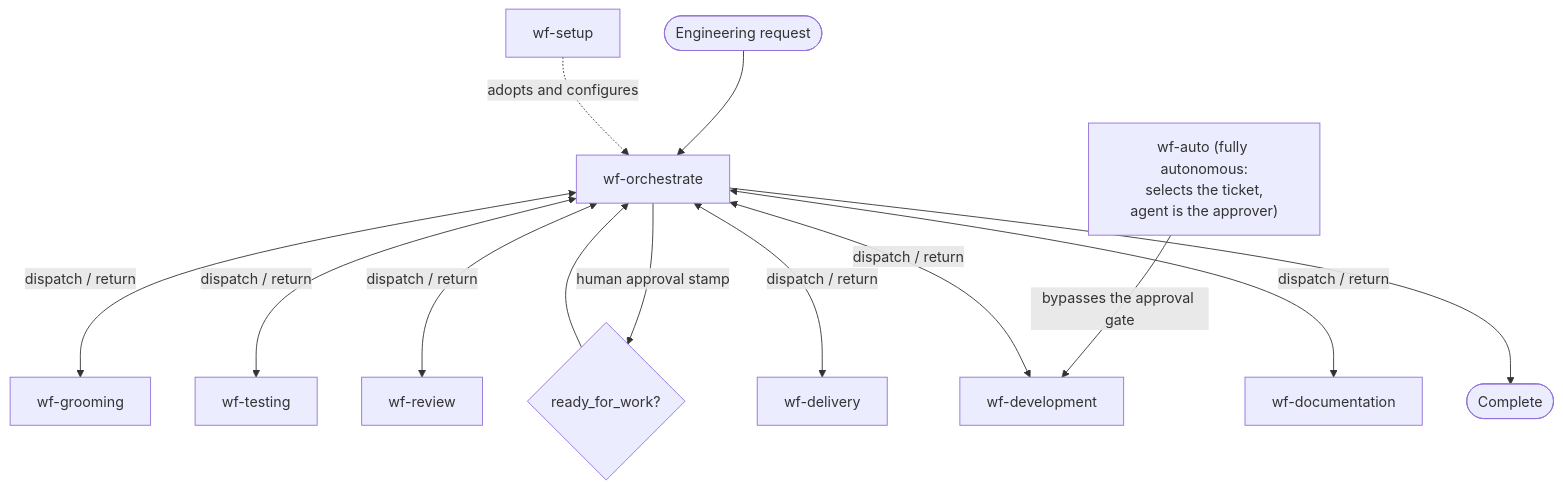
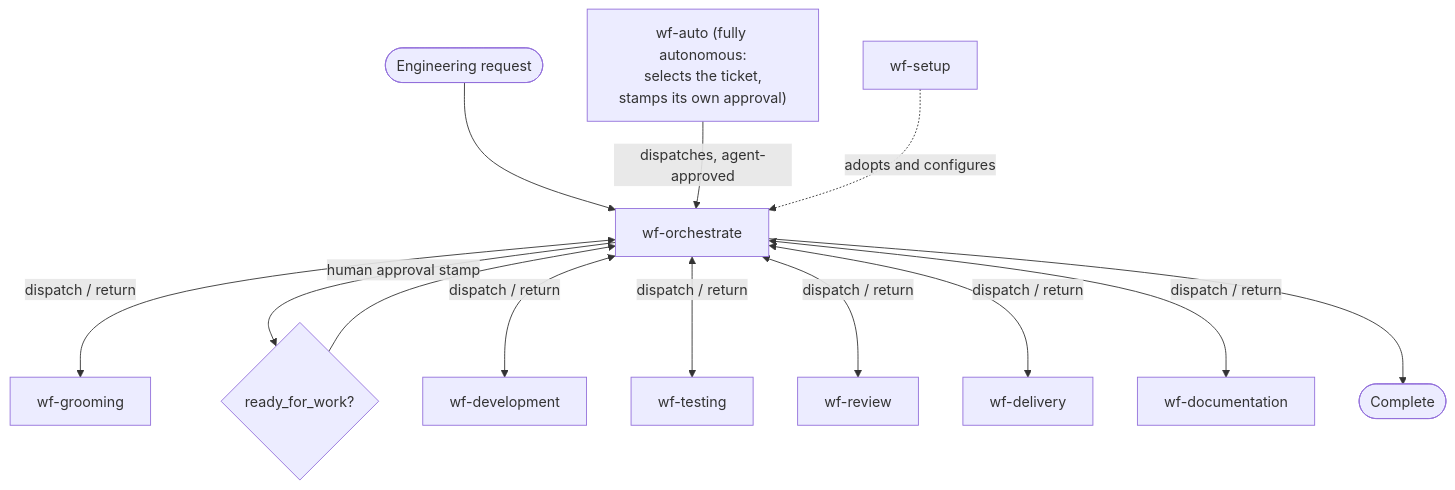
One commit to Life-With-Data/agentic-engineering changed the second of 7 diagrams in plugins/agentic-engineering/FLOWS.md. Above: the diagram before and after it, drawn with Mermaid. The commit also changed 8 other files, not shown here.

````diff
--- a/plugins/agentic-engineering/FLOWS.md
+++ b/plugins/agentic-engineering/FLOWS.md
@@ -22,15 +22,15 @@
 ```mermaid
 flowchart TD
     req([Engineering request]) --> O["wf-orchestrate"]
-    auto["wf-auto (fully autonomous:<br/>selects the ticket,<br/>agent is the approver)"] -->|"bypasses the approval gate"| D
+    auto["wf-auto (fully autonomous:<br/>selects the ticket,<br/>stamps its own approval)"] -->|"dispatches, agent-approved"| O
     O <-->|"dispatch / return"| G["wf-grooming"]
     O -->|"human approval stamp"| approve{"ready_for_work?"}
     approve --> O
     O <-->|"dispatch / return"| D["wf-development"]
     O <-->|"dispatch / return"| T["wf-testing"]
     O <-->|"dispatch / return"| R["wf-review"]
     O <-->|"dispatch / return"| L["wf-delivery"]
     O <-->|"dispatch / return"| K["wf-documentation"]
     O --> done([Complete])
     S["wf-setup"] -. "adopts and configures" .-> O
 ```
````
